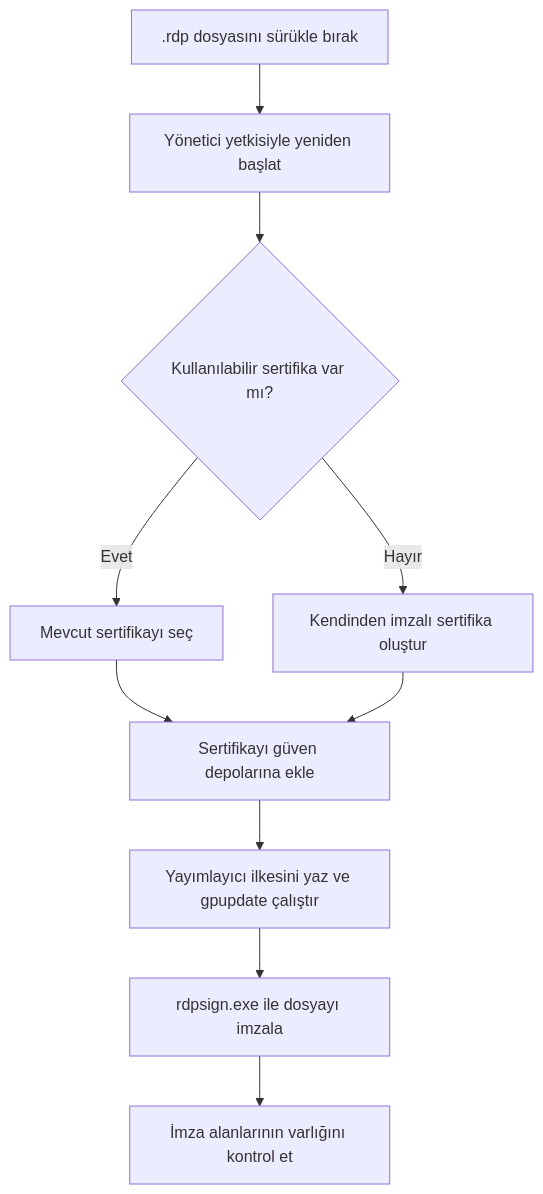
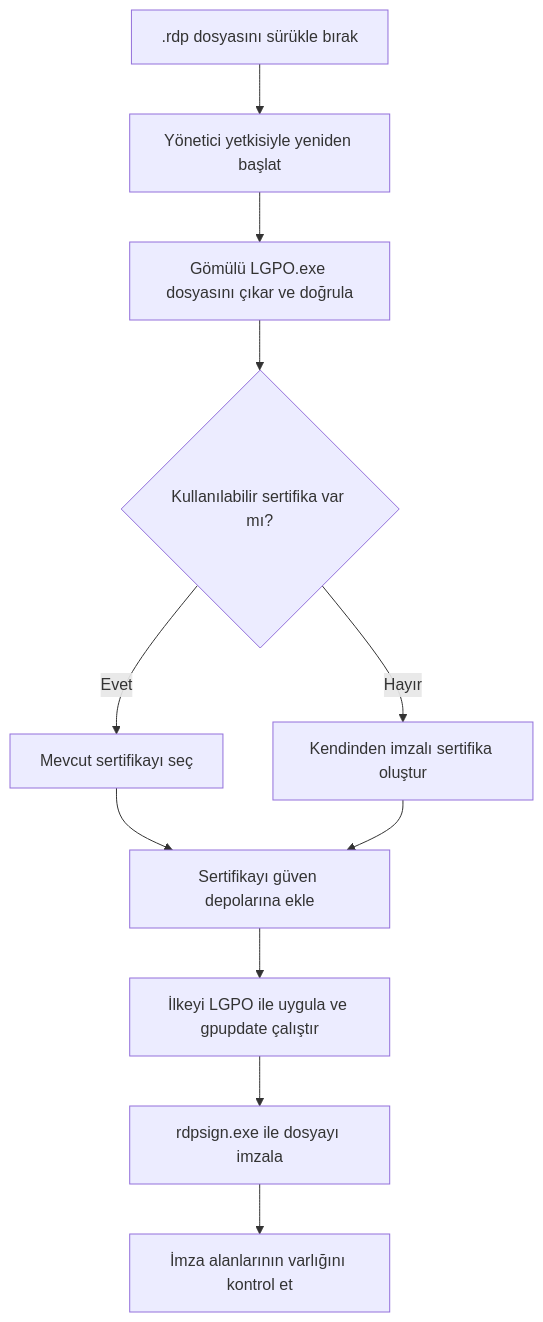
Before and after one commit to sezgynus/RDP-Signer: the diagram in README.tr.md, drawn with Mermaid. The commit also changed other lines of this file, not shown here.

````diff
--- a/README.tr.md
+++ b/README.tr.md
@@ -38,12 +38,13 @@
 ```mermaid
 flowchart TD
     A[".rdp dosyasını sürükle bırak"] --> B["Yönetici yetkisiyle yeniden başlat"]
-    B --> C{"Kullanılabilir sertifika var mı?"}
+    B --> L["Gömülü LGPO.exe dosyasını çıkar ve doğrula"]
+    L --> C{"Kullanılabilir sertifika var mı?"}
     C -- Evet --> D["Mevcut sertifikayı seç"]
     C -- Hayır --> E["Kendinden imzalı sertifika oluştur"]
     D --> F["Sertifikayı güven depolarına ekle"]
     E --> F
-    F --> G["Yayımlayıcı ilkesini yaz ve gpupdate çalıştır"]
+    F --> G["İlkeyi LGPO ile uygula ve gpupdate çalıştır"]
     G --> H["rdpsign.exe ile dosyayı imzala"]
     H --> I["İmza alanlarının varlığını kontrol et"]
 ```
````
